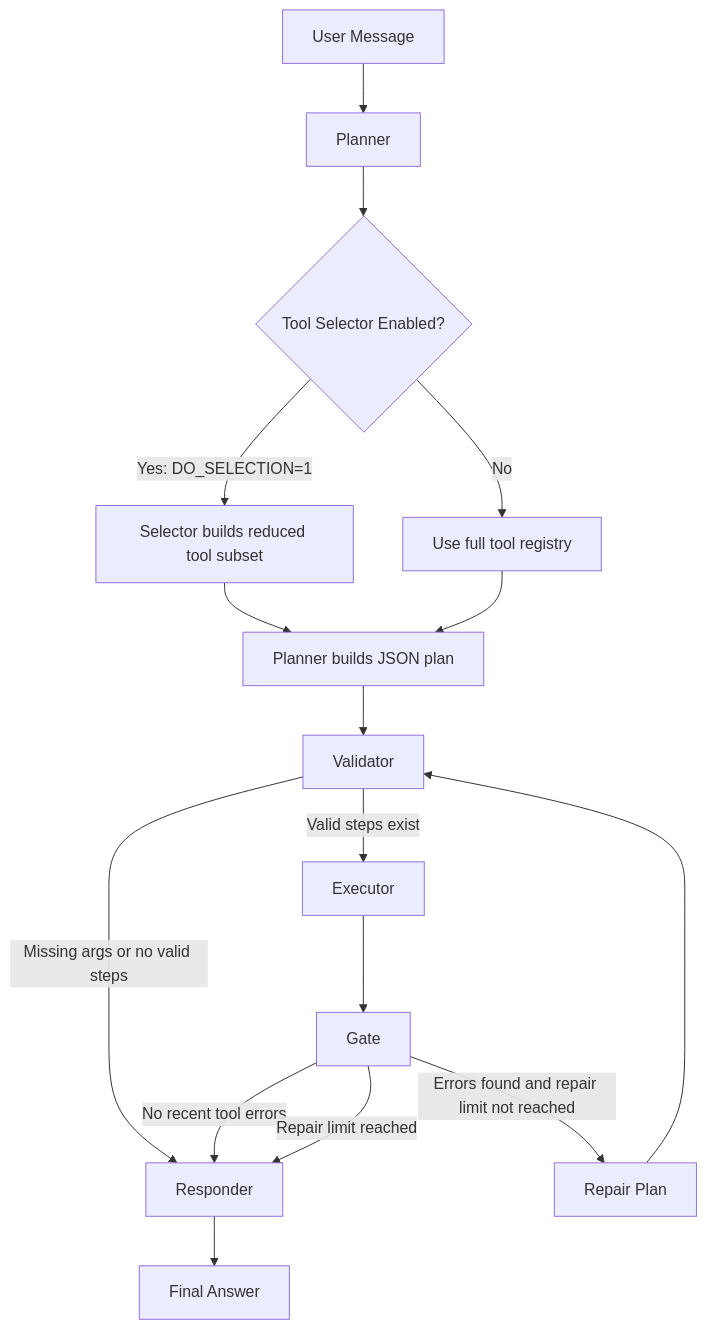
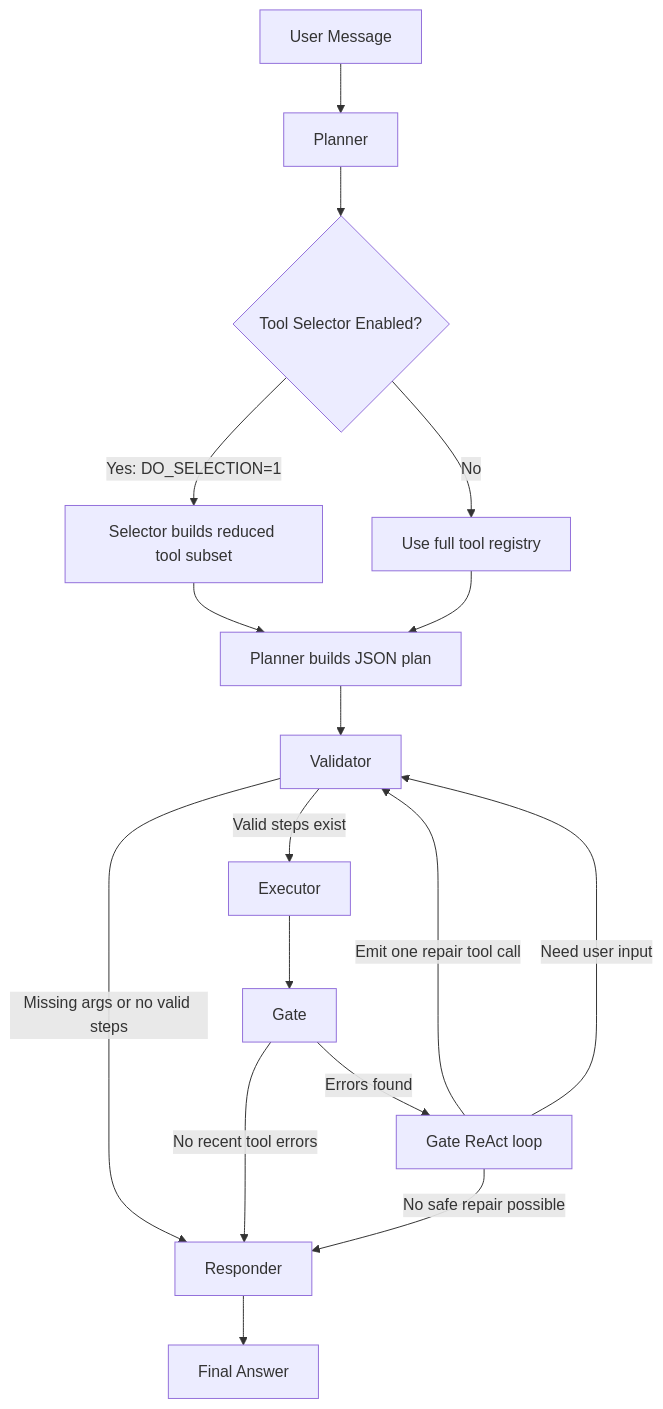
Before and after one commit to antibloch/donor_agent: the diagram in README.md, drawn with Mermaid. The commit also changed other lines of this file, not shown here.

````diff
--- a/README.md
+++ b/README.md
@@ -57,18 +57,19 @@
 ```mermaid
 flowchart TD
     A[User Message] --> B[Planner]
     B --> B1{Tool Selector Enabled?}
     B1 -->|Yes: DO_SELECTION=1| B2[Selector builds reduced tool subset]
     B1 -->|No| B3[Use full tool registry]
     B2 --> C[Planner builds JSON plan]
     B3 --> C
     C --> D[Validator]
     D -->|Valid steps exist| E[Executor]
     D -->|Missing args or no valid steps| H[Responder]
     E --> F[Gate]
     F -->|No recent tool errors| H
-    F -->|Errors found and repair limit not reached| G[Repair Plan]
-    G --> D
-    F -->|Repair limit reached| H
+    F -->|Errors found| G[Gate ReAct loop]
+    G -->|Emit one repair tool call| D
+    G -->|Need user input| D
+    G -->|No safe repair possible| H
     H --> I[Final Answer]
 ```
````
